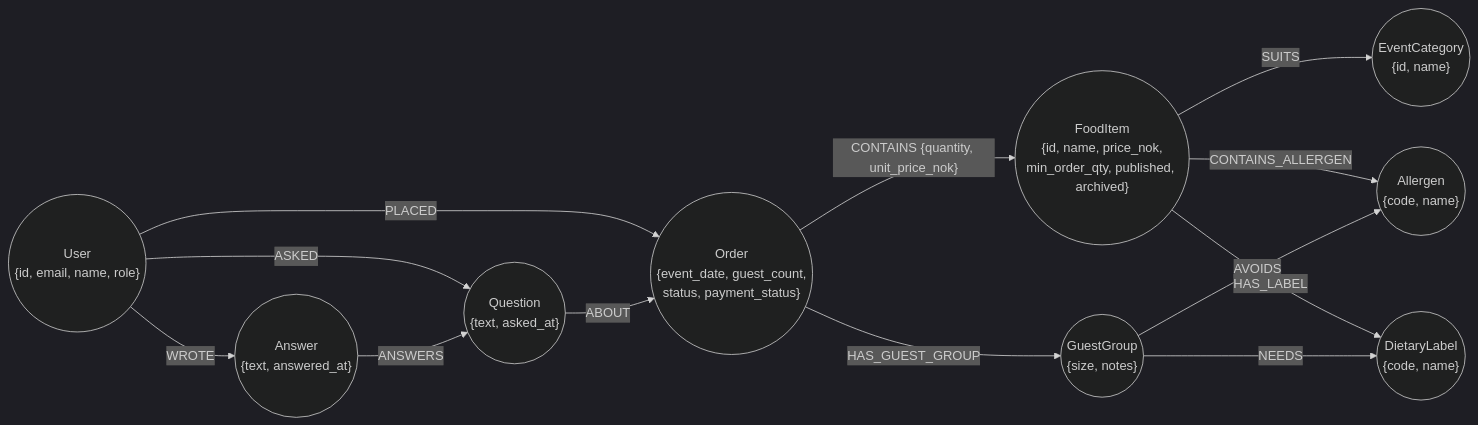
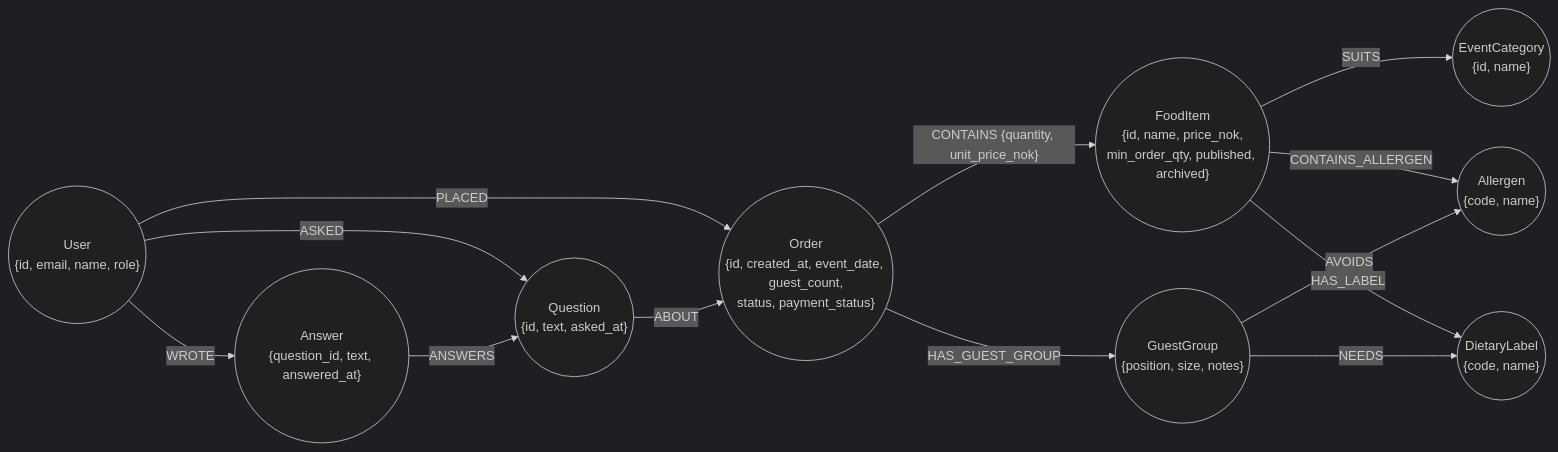
Before and after one commit to elnvvo/ektemat-online: the seventh of 7 diagrams in docs/design.md, drawn with Mermaid (dark theme). The commit also changed other lines of this file and 12 other files, not shown here.

````diff
--- a/docs/design.md
+++ b/docs/design.md
@@ -339,25 +339,25 @@
 ```mermaid
 flowchart LR
     U(("User<br/>{id, email, name, role}"))
-    O(("Order<br/>{event_date, guest_count,<br/>status, payment_status}"))
+    O(("Order<br/>{id, created_at, event_date, guest_count,<br/>status, payment_status}"))
     F(("FoodItem<br/>{id, name, price_nok,<br/>min_order_qty, published, archived}"))
     E(("EventCategory<br/>{id, name}"))
     AL(("Allergen<br/>{code, name}"))
     D(("DietaryLabel<br/>{code, name}"))
-    G(("GuestGroup<br/>{size, notes}"))
-    Q(("Question<br/>{text, asked_at}"))
-    AN(("Answer<br/>{text, answered_at}"))
+    G(("GuestGroup<br/>{position, size, notes}"))
+    Q(("Question<br/>{id, text, asked_at}"))
+    AN(("Answer<br/>{question_id, text, answered_at}"))
 
     U -- "PLACED" --> O
     O -- "CONTAINS {quantity, unit_price_nok}" --> F
     F -- "SUITS" --> E
     F -- "CONTAINS_ALLERGEN" --> AL
     F -- "HAS_LABEL" --> D
     O -- "HAS_GUEST_GROUP" --> G
     G -- "AVOIDS" --> AL
     G -- "NEEDS" --> D
     U -- "ASKED" --> Q
     Q -- "ABOUT" --> O
     AN -- "ANSWERS" --> Q
     U -- "WROTE" --> AN
 ```
````
